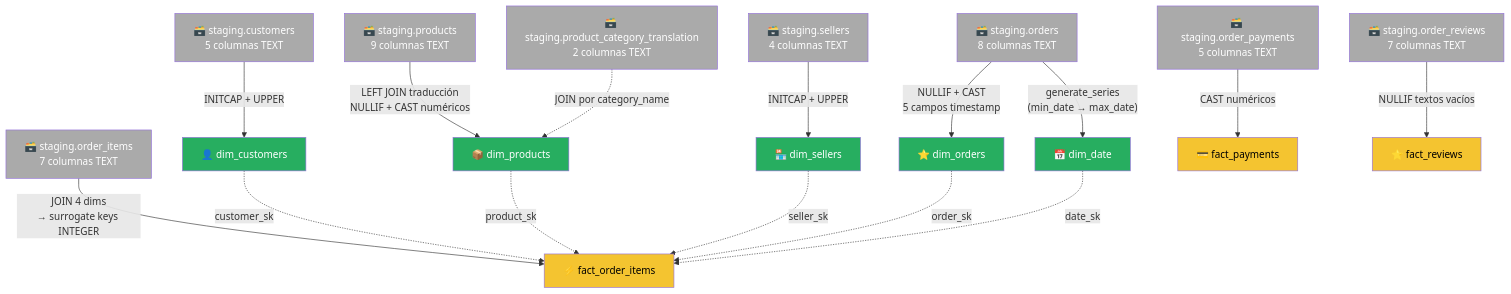
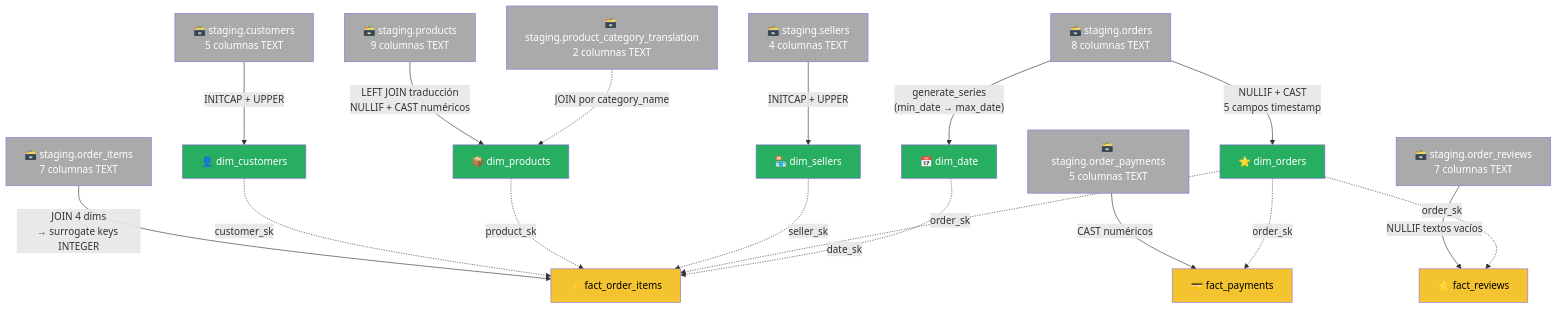
The fifth of 10 diagrams in README.md (KevinAstudillo/Modulo-4-Olist-e2e-data-pipeline-in-AWS), drawn with Mermaid before and after one commit. The commit also changed other lines of this file, not shown here.

First line of the commit message:
docs(readme): add order_sk connections from dim_orders to fact_payments and fact_reviews in ETL diagram

````diff
--- a/README.md
+++ b/README.md
@@ -285,45 +285,47 @@
 ```mermaid
 flowchart TD
     ORD["🗃️ staging.orders\n8 columnas TEXT"]
     CUST["🗃️ staging.customers\n5 columnas TEXT"]
     ITEMS["🗃️ staging.order_items\n7 columnas TEXT"]
     PROD["🗃️ staging.products\n9 columnas TEXT"]
     SELL["🗃️ staging.sellers\n4 columnas TEXT"]
     PAY["🗃️ staging.order_payments\n5 columnas TEXT"]
     REV["🗃️ staging.order_reviews\n7 columnas TEXT"]
     TRANS["🗃️ staging.product_category_translation\n2 columnas TEXT"]
 
     ORD -->|"NULLIF + CAST\n5 campos timestamp"| DORD["⭐ dim_orders"]
     ORD -->|"generate_series\n(min_date → max_date)"| DDATE["📅 dim_date"]
     CUST -->|"INITCAP + UPPER"| DCUST["👤 dim_customers"]
     PROD -->|"LEFT JOIN traducción\nNULLIF + CAST numéricos"| DPROD["📦 dim_products"]
     TRANS -.->|"JOIN por category_name"| DPROD
     SELL -->|"INITCAP + UPPER"| DSELL["🏪 dim_sellers"]
 
     ITEMS -->|"JOIN 4 dims\n→ surrogate keys INTEGER"| FITEM["⚡ fact_order_items"]
     DCUST -.->|customer_sk| FITEM
     DPROD -.->|product_sk| FITEM
     DSELL -.->|seller_sk| FITEM
     DORD  -.->|order_sk| FITEM
     DDATE -.->|date_sk| FITEM
 
     PAY -->|"CAST numéricos"| FPAY["💳 fact_payments"]
     REV -->|"NULLIF textos vacíos"| FREV["⭐ fact_reviews"]
+    DORD -.->|order_sk| FPAY
+    DORD -.->|order_sk| FREV
 
     style ORD   fill:#aaa,color:#fff
     style CUST  fill:#aaa,color:#fff
     style ITEMS fill:#aaa,color:#fff
     style PROD  fill:#aaa,color:#fff
     style SELL  fill:#aaa,color:#fff
     style PAY   fill:#aaa,color:#fff
     style REV   fill:#aaa,color:#fff
     style TRANS fill:#aaa,color:#fff
     style DORD  fill:#27ae60,color:#fff
     style DDATE fill:#27ae60,color:#fff
     style DCUST fill:#27ae60,color:#fff
     style DPROD fill:#27ae60,color:#fff
     style DSELL fill:#27ae60,color:#fff
     style FITEM fill:#f4c430,color:#000
     style FPAY  fill:#f4c430,color:#000
     style FREV  fill:#f4c430,color:#000
 ```
````
